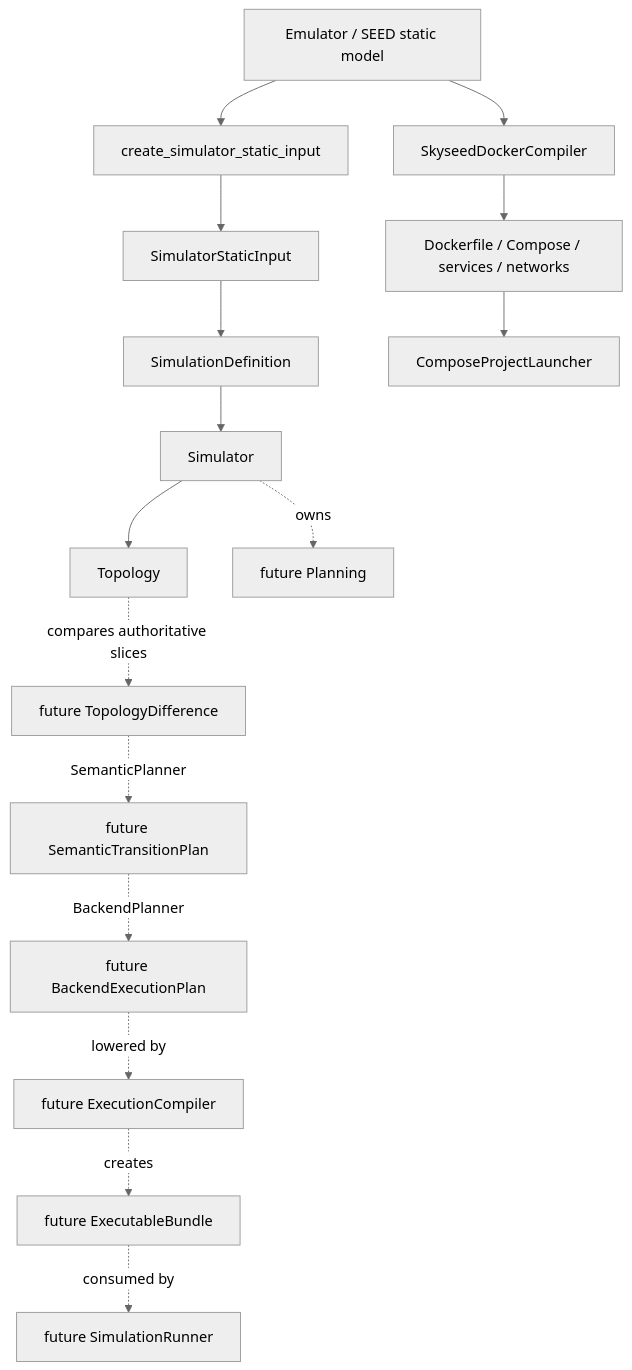
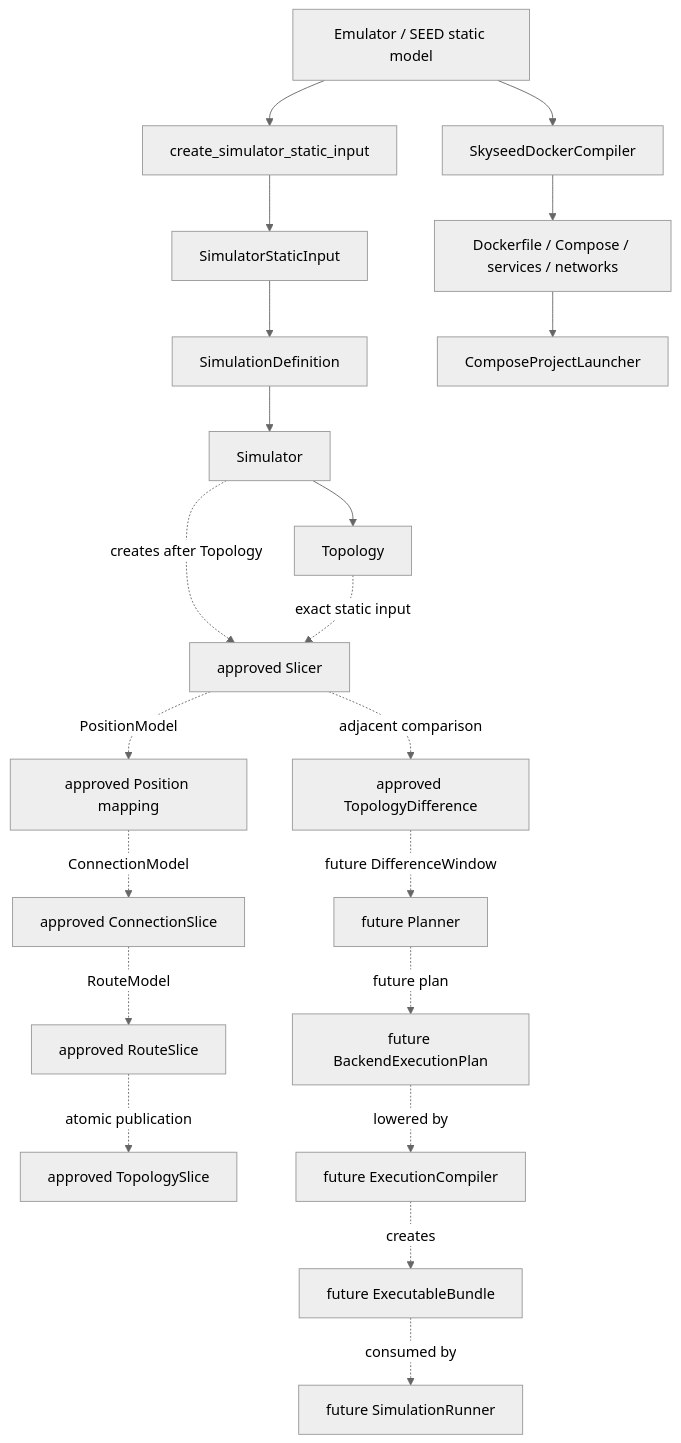
Before and after one commit to seed-labs/skyseed: the eighth of 9 diagrams in skyseed_v2/docs/architecture/diagrams.md, drawn with Mermaid (neutral theme). The commit also changed other lines of this file and 14 other files, not shown here.

Commit message:
docs: freeze dynamic slice architecture contract

````diff
--- a/skyseed_v2/docs/architecture/diagrams.md
+++ b/skyseed_v2/docs/architecture/diagrams.md
@@ -270,20 +273,25 @@
 ```mermaid
 flowchart TD
     E[Emulator / SEED static model]
     E --> ADAPT[create_simulator_static_input]
     ADAPT --> INPUT[SimulatorStaticInput]
     INPUT --> DEF[SimulationDefinition]
     DEF --> SIM[Simulator]
     SIM --> TOP[Topology]
-    SIM -. owns .-> PLAN[future Planning]
-    TOP -. compares authoritative slices .-> DIFF[future TopologyDifference]
-    DIFF -. SemanticPlanner .-> SEM[future SemanticTransitionPlan]
-    SEM -. BackendPlanner .-> BACK[future BackendExecutionPlan]
+    SIM -. creates after Topology .-> SLICER[approved Slicer]
+    TOP -. exact static input .-> SLICER
+    SLICER -. PositionModel .-> POS[approved Position mapping]
+    POS -. ConnectionModel .-> CONN[approved ConnectionSlice]
+    CONN -. RouteModel .-> ROUTE[approved RouteSlice]
+    ROUTE -. atomic publication .-> SLICE[approved TopologySlice]
+    SLICER -. adjacent comparison .-> DIFF[approved TopologyDifference]
+    DIFF -. future DifferenceWindow .-> PLAN[future Planner]
+    PLAN -. future plan .-> BACK[future BackendExecutionPlan]
     BACK -. lowered by .-> EXEC[future ExecutionCompiler]
     EXEC -. creates .-> BUNDLE[future ExecutableBundle]
     BUNDLE -. consumed by .-> RUN[future SimulationRunner]
 
     E --> DOCKER[SkyseedDockerCompiler]
     DOCKER --> DEPLOY[Dockerfile / Compose / services / networks]
     DEPLOY --> LAUNCH[ComposeProjectLauncher]
 ```
````
